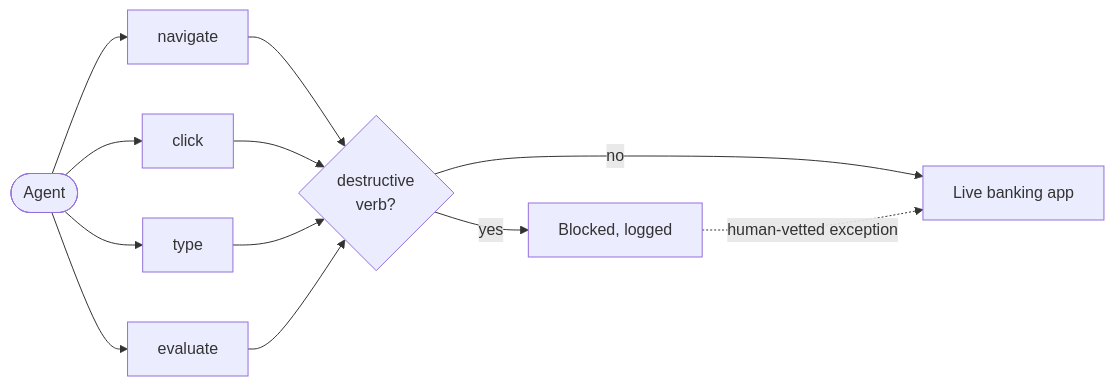
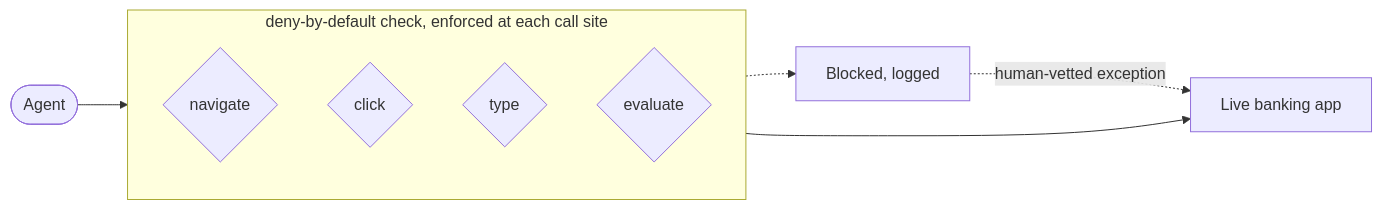
Before and after one commit to szwedeks/szwedeks: the diagram in README.md, drawn with Mermaid.

Commit message:
Redraw guardrail diagram: four independent gates, not one chokepoint

````diff
--- a/README.md
+++ b/README.md
@@ -17,14 +17,14 @@
 ```mermaid
 flowchart LR
-  A(["Agent"]) --> N["navigate"]
-  A --> C["click"]
-  A --> T["type"]
-  A --> E["evaluate"]
-  N --> D{"destructive<br/>verb?"}
-  C --> D
-  T --> D
-  E --> D
-  D -->|no| APP["Live banking app"]
-  D -->|yes| B["Blocked, logged"]
+  A(["Agent"]) --> G
+  subgraph G["deny-by-default check, enforced at each call site"]
+    direction TB
+    DN{"navigate"}
+    DC{"click"}
+    DT{"type"}
+    DE{"evaluate"}
+  end
+  G --> APP["Live banking app"]
+  G -.-> B["Blocked, logged"]
   B -.->|human-vetted exception| APP
 ```
````
